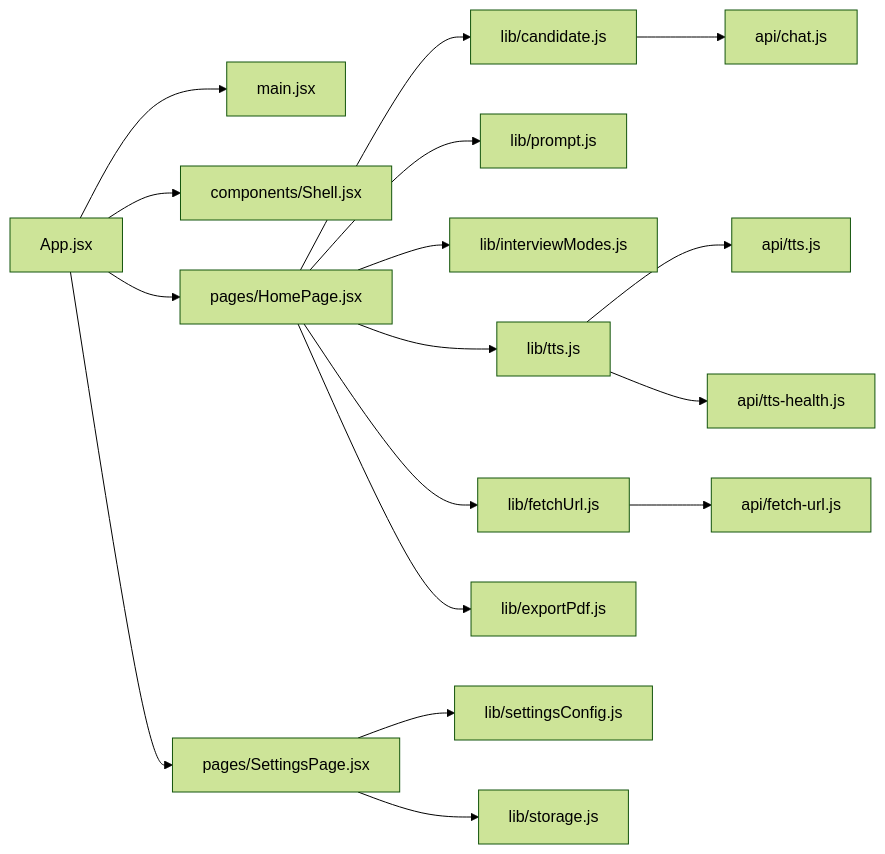
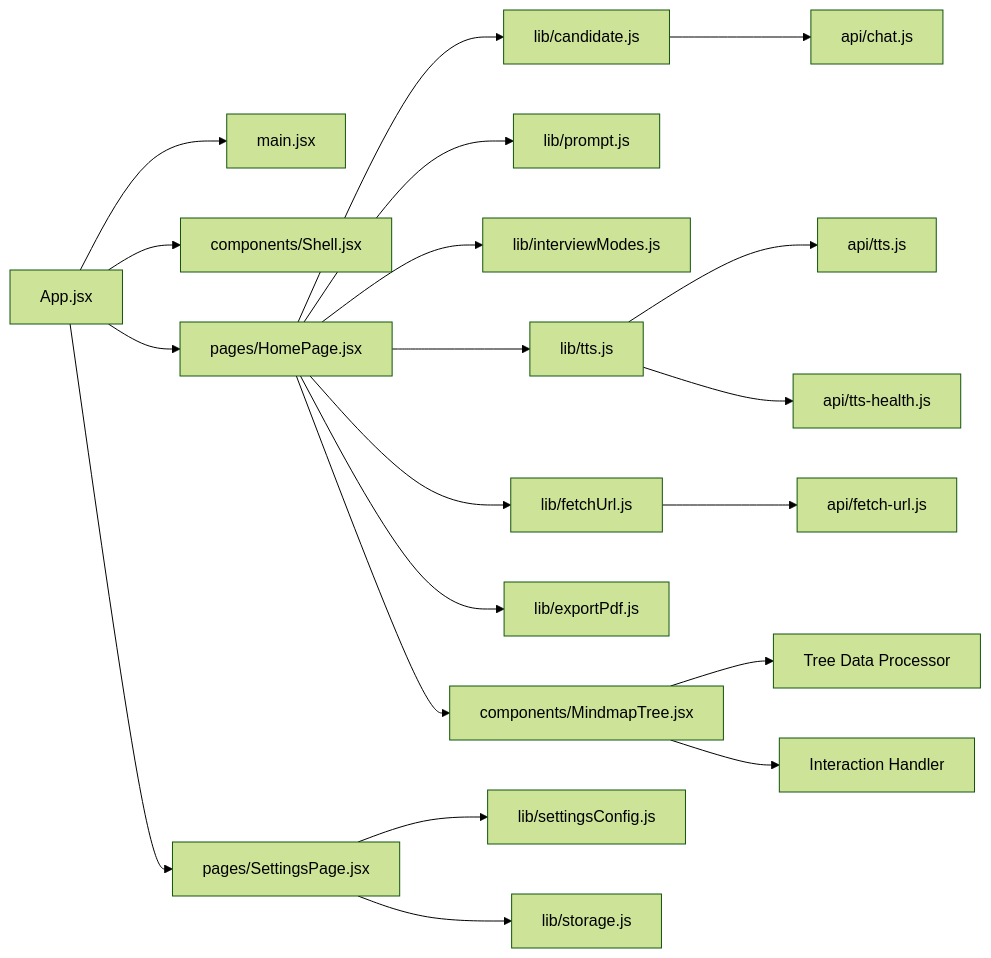
Before and after one commit to zmyeo54/briefroom: the tenth of 10 diagrams in .qoder/repowiki/en/content/Core Features/Mindmap Visualization.md, drawn with Mermaid (forest theme). The commit also changed other lines of this file and 32 other files, not shown here.

````diff
--- a/.qoder/repowiki/en/content/Core Features/Mindmap Visualization.md
+++ b/.qoder/repowiki/en/content/Core Features/Mindmap Visualization.md
@@ -442,19 +534,22 @@
 ```mermaid
 graph LR
 App["App.jsx"] --> Main["main.jsx"]
 App --> Shell["components/Shell.jsx"]
 App --> HomePage["pages/HomePage.jsx"]
 App --> SettingsPage["pages/SettingsPage.jsx"]
 HomePage --> Candidate["lib/candidate.js"]
 HomePage --> Prompt["lib/prompt.js"]
 HomePage --> InterviewModes["lib/interviewModes.js"]
 HomePage --> TTS["lib/tts.js"]
 HomePage --> FetchUrl["lib/fetchUrl.js"]
 HomePage --> ExportPdf["lib/exportPdf.js"]
+HomePage --> Mindmap["components/MindmapTree.jsx"]
 SettingsPage --> SettingsCfg["lib/settingsConfig.js"]
 SettingsPage --> Storage["lib/storage.js"]
+Mindmap --> TreeProcessor["Tree Data Processor"]
+Mindmap --> InteractionHandler["Interaction Handler"]
 TTS --> ApiTTS["api/tts.js"]
 TTS --> ApiHealth["api/tts-health.js"]
 FetchUrl --> ApiFetch["api/fetch-url.js"]
 Candidate --> ApiChat["api/chat.js"]
 ```
````
